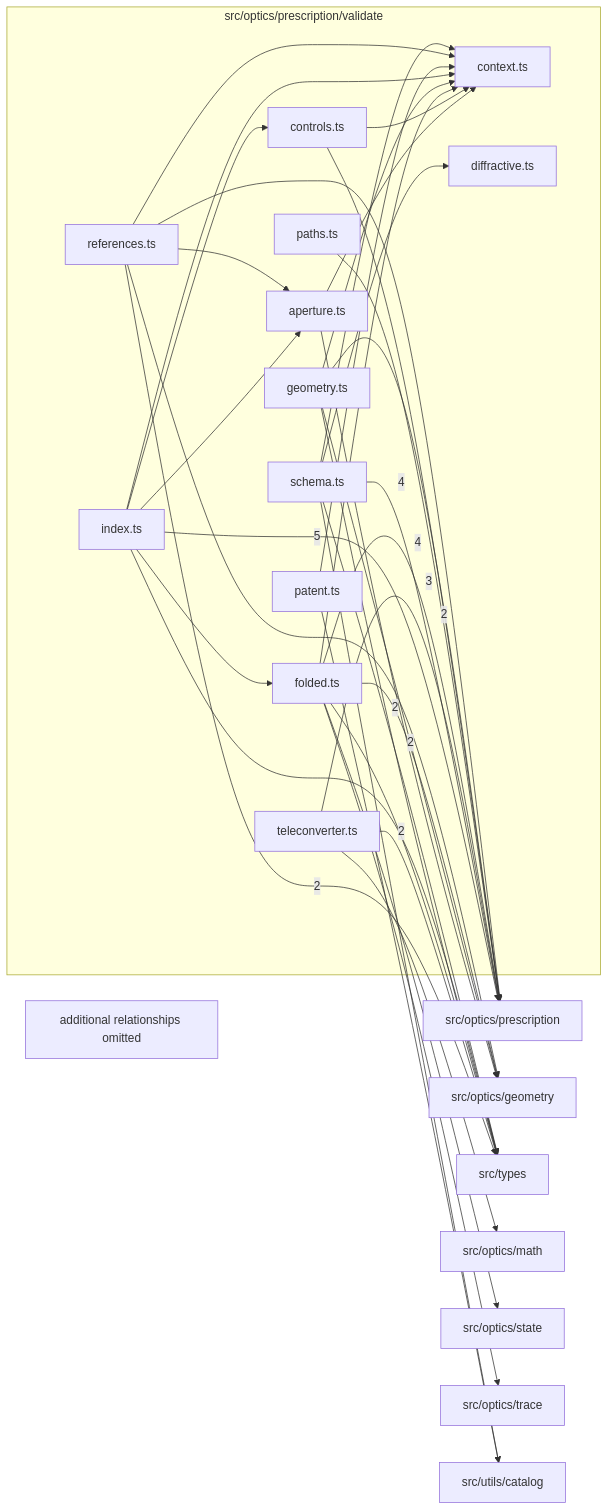
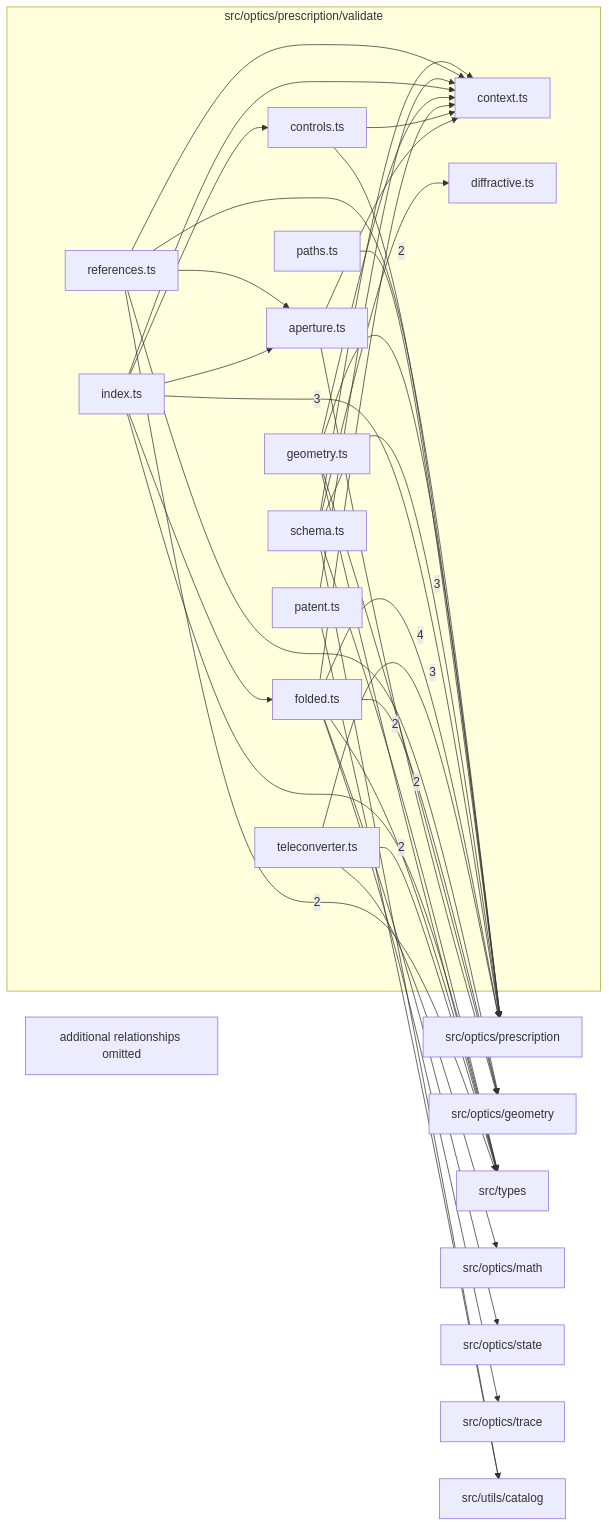
The diagram in src/optics/prescription/validate/readme.md (BeamFour/LensVisualizer), drawn with Mermaid before and after one commit. The commit also changed other lines of this file and 162 other files, not shown here.

````diff
--- a/src/optics/prescription/validate/readme.md
+++ b/src/optics/prescription/validate/readme.md
@@ -9,61 +9,61 @@
 ```mermaid
 flowchart LR
   subgraph n_src_optics_prescription_validate["src/optics/prescription/validate"]
     n_src_optics_prescription_validate_src_optics_prescription_validate_aperture_ts["aperture.ts"]
     n_src_optics_prescription_validate_src_optics_prescription_validate_context_ts["context.ts"]
     n_src_optics_prescription_validate_src_optics_prescription_validate_controls_ts["controls.ts"]
     n_src_optics_prescription_validate_src_optics_prescription_validate_diffractive_ts["diffractive.ts"]
     n_src_optics_prescription_validate_src_optics_prescription_validate_folded_ts["folded.ts"]
     n_src_optics_prescription_validate_src_optics_prescription_validate_geometry_ts["geometry.ts"]
     n_src_optics_prescription_validate_src_optics_prescription_validate_index_ts["index.ts"]
     n_src_optics_prescription_validate_src_optics_prescription_validate_patent_ts["patent.ts"]
     n_src_optics_prescription_validate_src_optics_prescription_validate_paths_ts["paths.ts"]
     n_src_optics_prescription_validate_src_optics_prescription_validate_references_ts["references.ts"]
     n_src_optics_prescription_validate_src_optics_prescription_validate_schema_ts["schema.ts"]
     n_src_optics_prescription_validate_src_optics_prescription_validate_teleconverter_ts["teleconverter.ts"]
   end
   n_external_src_optics_prescription["src/optics/prescription"]
   n_external_src_optics_geometry["src/optics/geometry"]
   n_external_src_types["src/types"]
   n_external_src_optics_math["src/optics/math"]
   n_external_src_optics_state["src/optics/state"]
   n_external_src_optics_trace["src/optics/trace"]
   n_external_src_utils_catalog["src/utils/catalog"]
-  n_src_optics_prescription_validate_src_optics_prescription_validate_index_ts --> |5| n_external_src_optics_prescription
-  n_src_optics_prescription_validate_src_optics_prescription_validate_schema_ts --> |4| n_external_src_optics_prescription
   n_src_optics_prescription_validate_src_optics_prescription_validate_teleconverter_ts --> |4| n_external_src_optics_prescription
   n_src_optics_prescription_validate_src_optics_prescription_validate_folded_ts --> |3| n_external_src_optics_prescription
+  n_src_optics_prescription_validate_src_optics_prescription_validate_index_ts --> |3| n_external_src_optics_prescription
+  n_src_optics_prescription_validate_src_optics_prescription_validate_schema_ts --> |3| n_external_src_optics_prescription
   n_src_optics_prescription_validate_src_optics_prescription_validate_aperture_ts --> |2| n_external_src_optics_geometry
   n_src_optics_prescription_validate_src_optics_prescription_validate_geometry_ts --> |2| n_external_src_optics_geometry
   n_src_optics_prescription_validate_src_optics_prescription_validate_paths_ts --> |2| n_external_src_optics_prescription
   n_src_optics_prescription_validate_src_optics_prescription_validate_references_ts --> |2| n_external_src_types
   n_src_optics_prescription_validate_src_optics_prescription_validate_teleconverter_ts --> |2| n_external_src_types
   n_src_optics_prescription_validate_src_optics_prescription_validate_folded_ts --> n_external_src_optics_geometry
   n_src_optics_prescription_validate_src_optics_prescription_validate_references_ts --> n_external_src_optics_geometry
   n_src_optics_prescription_validate_src_optics_prescription_validate_teleconverter_ts --> n_external_src_optics_math
   n_src_optics_prescription_validate_src_optics_prescription_validate_controls_ts --> n_external_src_optics_prescription
   n_src_optics_prescription_validate_src_optics_prescription_validate_geometry_ts --> n_external_src_optics_prescription
   n_src_optics_prescription_validate_src_optics_prescription_validate_references_ts --> n_external_src_optics_prescription
   n_src_optics_prescription_validate_src_optics_prescription_validate_folded_ts --> n_external_src_optics_state
   n_src_optics_prescription_validate_src_optics_prescription_validate_folded_ts --> n_external_src_optics_trace
   n_src_optics_prescription_validate_src_optics_prescription_validate_folded_ts --> n_external_src_types
   n_src_optics_prescription_validate_src_optics_prescription_validate_geometry_ts --> n_external_src_types
   n_src_optics_prescription_validate_src_optics_prescription_validate_index_ts --> n_external_src_types
   n_src_optics_prescription_validate_src_optics_prescription_validate_schema_ts --> n_external_src_types
   n_src_optics_prescription_validate_src_optics_prescription_validate_patent_ts --> n_external_src_utils_catalog
   n_src_optics_prescription_validate_src_optics_prescription_validate_schema_ts --> n_external_src_utils_catalog
   n_src_optics_prescription_validate_src_optics_prescription_validate_index_ts --> n_src_optics_prescription_validate_src_optics_prescription_validate_aperture_ts
   n_src_optics_prescription_validate_src_optics_prescription_validate_references_ts --> n_src_optics_prescription_validate_src_optics_prescription_validate_aperture_ts
   n_src_optics_prescription_validate_src_optics_prescription_validate_aperture_ts --> n_src_optics_prescription_validate_src_optics_prescription_validate_context_ts
   n_src_optics_prescription_validate_src_optics_prescription_validate_controls_ts --> n_src_optics_prescription_validate_src_optics_prescription_validate_context_ts
   n_src_optics_prescription_validate_src_optics_prescription_validate_folded_ts --> n_src_optics_prescription_validate_src_optics_prescription_validate_context_ts
   n_src_optics_prescription_validate_src_optics_prescription_validate_geometry_ts --> n_src_optics_prescription_validate_src_optics_prescription_validate_context_ts
   n_src_optics_prescription_validate_src_optics_prescription_validate_index_ts --> n_src_optics_prescription_validate_src_optics_prescription_validate_context_ts
   n_src_optics_prescription_validate_src_optics_prescription_validate_patent_ts --> n_src_optics_prescription_validate_src_optics_prescription_validate_context_ts
   n_src_optics_prescription_validate_src_optics_prescription_validate_references_ts --> n_src_optics_prescription_validate_src_optics_prescription_validate_context_ts
   n_src_optics_prescription_validate_src_optics_prescription_validate_schema_ts --> n_src_optics_prescription_validate_src_optics_prescription_validate_context_ts
   n_src_optics_prescription_validate_src_optics_prescription_validate_index_ts --> n_src_optics_prescription_validate_src_optics_prescription_validate_controls_ts
   n_src_optics_prescription_validate_src_optics_prescription_validate_schema_ts --> n_src_optics_prescription_validate_src_optics_prescription_validate_diffractive_ts
   n_src_optics_prescription_validate_src_optics_prescription_validate_index_ts --> n_src_optics_prescription_validate_src_optics_prescription_validate_folded_ts
   n_src_optics_prescription_validate_truncated["additional relationships omitted"]
 ```
````
